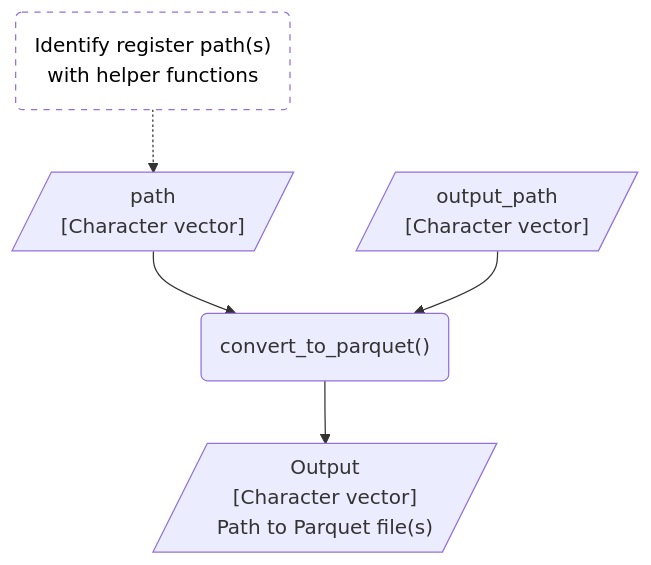
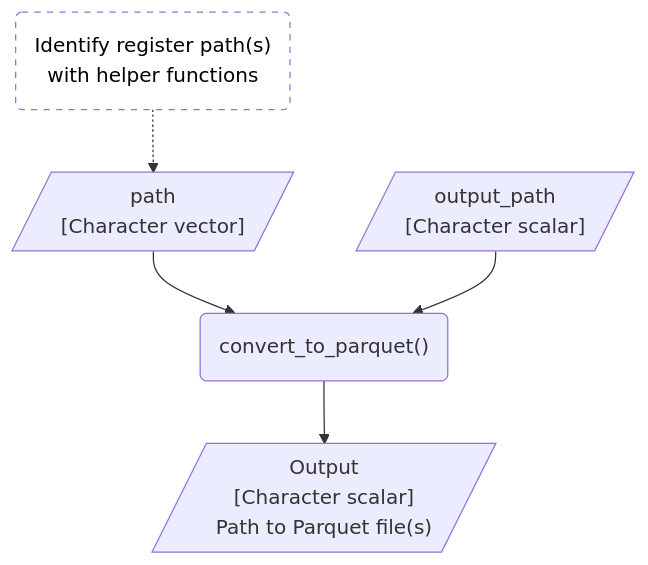
One commit to dp-next/registers2parquet changed the second of 3 diagrams in vignettes/design.qmd. Above: the diagram before and after it, drawn with Mermaid.

Commit message:
docs: :pencil2: "character vector" -> "character scalar"  in Mermaid diagram

````diff
--- a/vignettes/design.qmd
+++ b/vignettes/design.qmd
@@ -264,21 +264,21 @@
 ```{mermaid}
 %%| label: fig-flow
 %%| fig-cap: "Flow of the expected flow using the `convert_to_parquet()` package to convert register SAS files to Parquet files."
 %%| fig-alt: "A flowchart showing the expected flow of converting register SAS files to Parquet files using the `registers2parquet` package. It includes identifying paths to the relevant SAS files using the helper functions, calling the main function `convert_to_parquet()`, which then outputs the path to the written Parquet files."
 flowchart TD
 
     identify_paths("Identify register path(s)<br>with helper functions")
     path[/"path<br>[Character vector]"/]
-    output_path[/"output_path<br>[Character vector]"/]
+    output_path[/"output_path<br>[Character scalar]"/]
     convert_to_parquet("convert_to_parquet()")
-    output[/"Output<br>[Character vector]<br>Path to Parquet file(s)"/]
+    output[/"Output<br>[Character scalar]<br>Path to Parquet file(s)"/]
 
 
     %% Edges
     identify_paths -.-> path --> convert_to_parquet
     output_path --> convert_to_parquet
     convert_to_parquet --> output
 
     %% Styling
     style identify_paths fill:#FFFFFF, color:#000000, stroke-dasharray: 5 5
 ```
````
